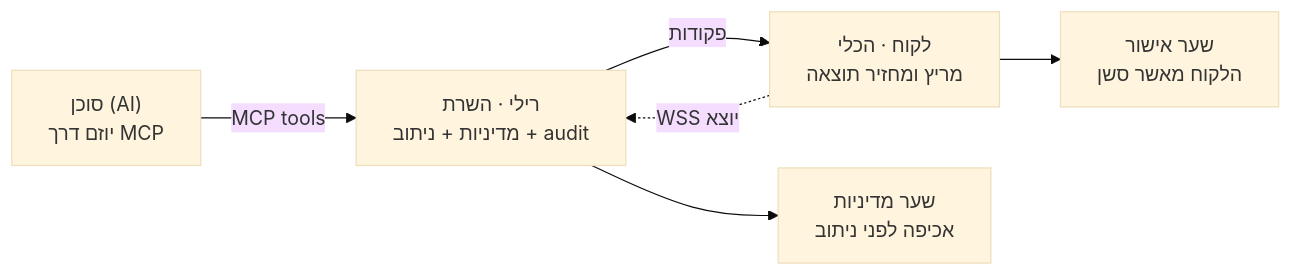
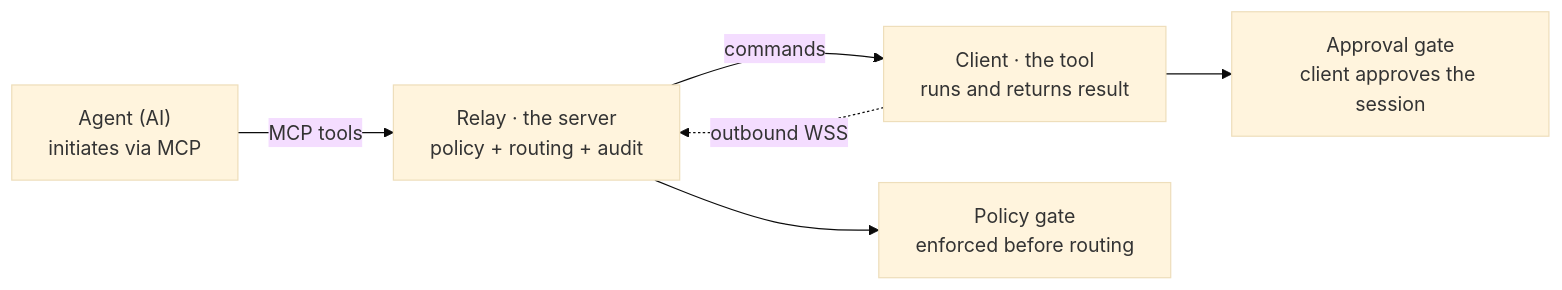
Before and after one commit to nati-m2/AiRemoteAccess: the first of 3 diagrams in docs/RELAY_ARCHITECTURE.md, drawn with Mermaid (base theme). The commit also changed other lines of this file, not shown here.

````diff
--- a/docs/RELAY_ARCHITECTURE.md
+++ b/docs/RELAY_ARCHITECTURE.md
@@ -27,8 +31,8 @@
 ```mermaid
 flowchart LR
-    AI["סוכן (AI)<br/>יוזם דרך MCP"] -- "MCP tools" --> Relay["רילי · השרת<br/>מדיניות + ניתוב + audit"]
-    Relay -- "פקודות" --> Client["לקוח · הכלי<br/>מריץ ומחזיר תוצאה"]
-    Client -. "WSS יוצא" .-> Relay
-    Relay --> PolicyGate["שער מדיניות<br/>אכיפה לפני ניתוב"]
-    Client --> ApprovalGate["שער אישור<br/>הלקוח מאשר סשן"]
+    AI["Agent (AI)<br/>initiates via MCP"] -- "MCP tools" --> Relay["Relay · the server<br/>policy + routing + audit"]
+    Relay -- "commands" --> Client["Client · the tool<br/>runs and returns result"]
+    Client -. "outbound WSS" .-> Relay
+    Relay --> PolicyGate["Policy gate<br/>enforced before routing"]
+    Client --> ApprovalGate["Approval gate<br/>client approves the session"]
 ```
````
